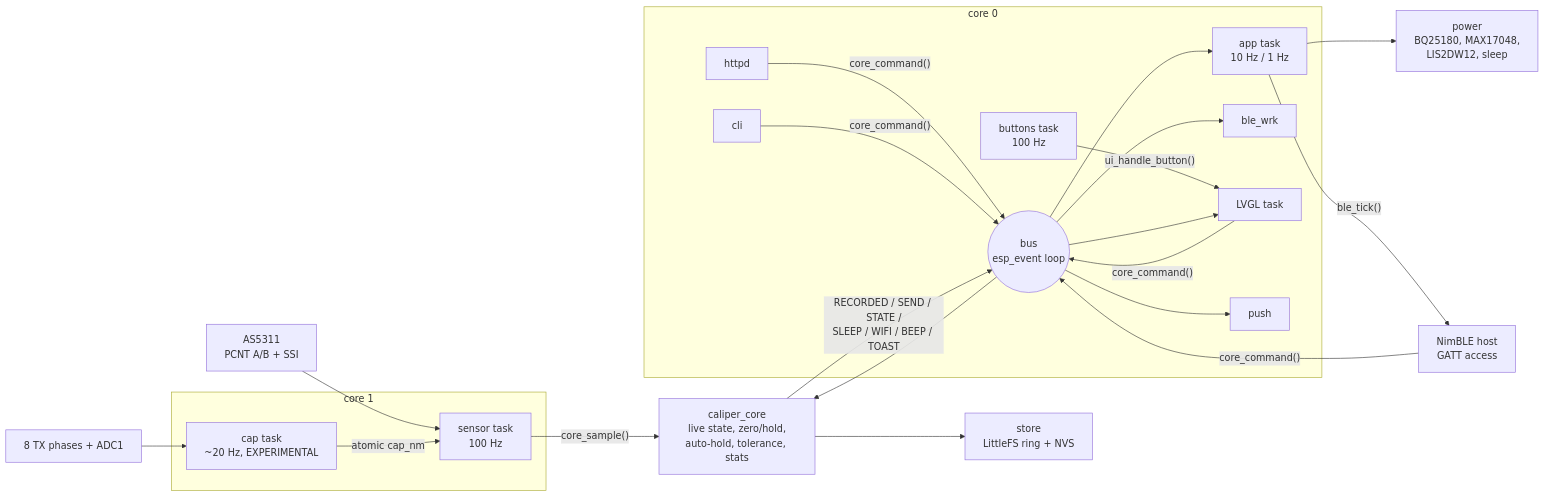
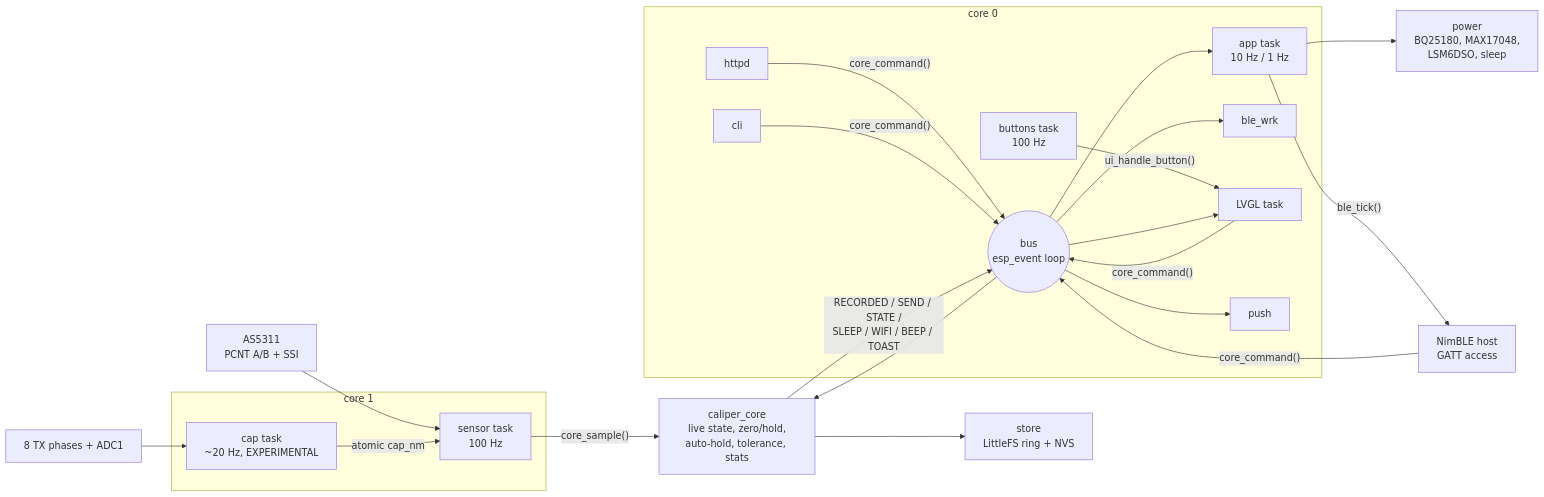
The first of 2 diagrams in caliper/docs/firmware.md (tyevco/prettycoolboards), drawn with Mermaid before and after one commit. The commit also changed other lines of this file and 100 other files, not shown here.

First line of the commit message:
Caliper: add a gyroscope (LSM6DSO 6-axis IMU replaces the LIS2DW12)

````diff
--- a/caliper/docs/firmware.md
+++ b/caliper/docs/firmware.md
@@ -64,32 +66,32 @@
 ```mermaid
 flowchart LR
   subgraph core1["core 1"]
     SEN["sensor task<br/>100 Hz"]
     CAP["cap task<br/>~20 Hz, EXPERIMENTAL"]
   end
   subgraph core0["core 0"]
     BTN["buttons task<br/>100 Hz"]
     APP["app task<br/>10 Hz / 1 Hz"]
     BUS(("bus<br/>esp_event loop"))
     BLEW["ble_wrk"]
     LV["LVGL task"]
     HTTP["httpd"]
     PUSH["push"]
     CLI["cli"]
   end
   AS5311["AS5311<br/>PCNT A/B + SSI"] --> SEN
   CAPHW["8 TX phases + ADC1"] --> CAP
   CAP -- "atomic cap_nm" --> SEN
   SEN -- "core_sample()" --> CORE["caliper_core<br/>live state, zero/hold,<br/>auto-hold, tolerance, stats"]
   BTN -- "ui_handle_button()" --> LV
   LV -- "core_command()" --> BUS
   BLEGATT["NimBLE host<br/>GATT access"] -- "core_command()" --> BUS
   HTTP -- "core_command()" --> BUS
   CLI -- "core_command()" --> BUS
   BUS --> CORE
   CORE -- "RECORDED / SEND / STATE /<br/>SLEEP / WIFI / BEEP / TOAST" --> BUS
   BUS --> BLEW & PUSH & LV & APP
   CORE --> STORE["store<br/>LittleFS ring + NVS"]
-  APP --> PWR["power<br/>BQ25180, MAX17048,<br/>LIS2DW12, sleep"]
+  APP --> PWR["power<br/>BQ25180, MAX17048,<br/>LSM6DSO, sleep"]
   APP -- "ble_tick()" --> BLEGATT
 ```
````
